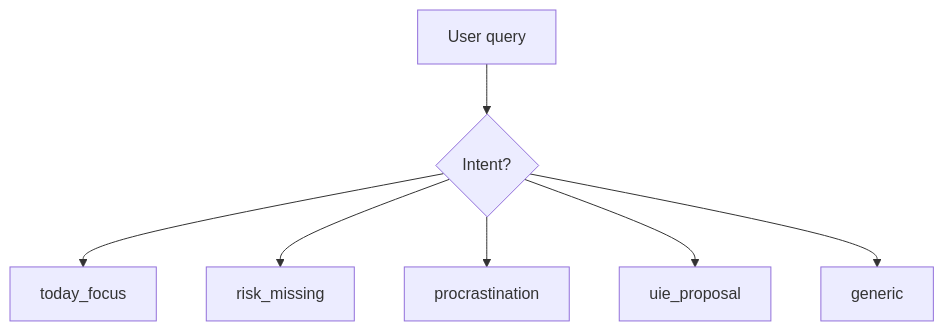
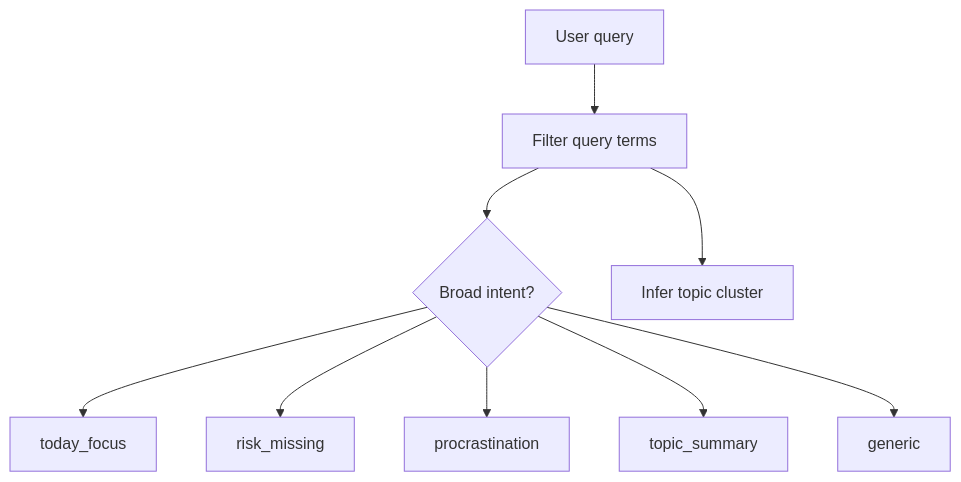
Before and after one commit to mithleshupadhyay/memorae_memory: the fourth of 11 diagrams in docs/WALKTHROUGH.md, drawn with Mermaid. The commit also changed other lines of this file and 7 other files, not shown here.

````diff
--- a/docs/WALKTHROUGH.md
+++ b/docs/WALKTHROUGH.md
@@ -210,9 +210,11 @@
 ```mermaid
 flowchart TD
-    A[User query] --> B{Intent?}
-    B --> C[today_focus]
-    B --> D[risk_missing]
-    B --> E[procrastination]
-    B --> F[uie_proposal]
-    B --> G[generic]
+    A[User query] --> B[Filter query terms]
+    B --> C{Broad intent?}
+    B --> D[Infer topic cluster]
+    C --> E[today_focus]
+    C --> F[risk_missing]
+    C --> G[procrastination]
+    C --> H[topic_summary]
+    C --> I[generic]
 ```
````
